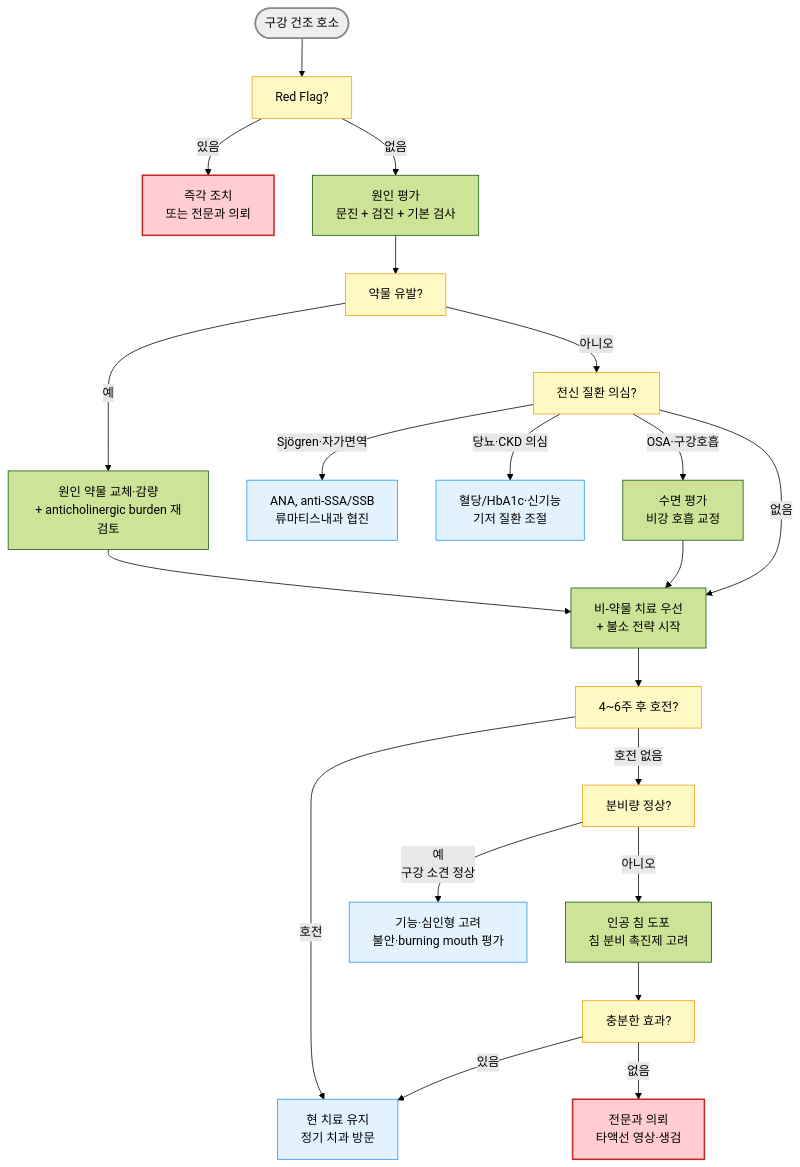
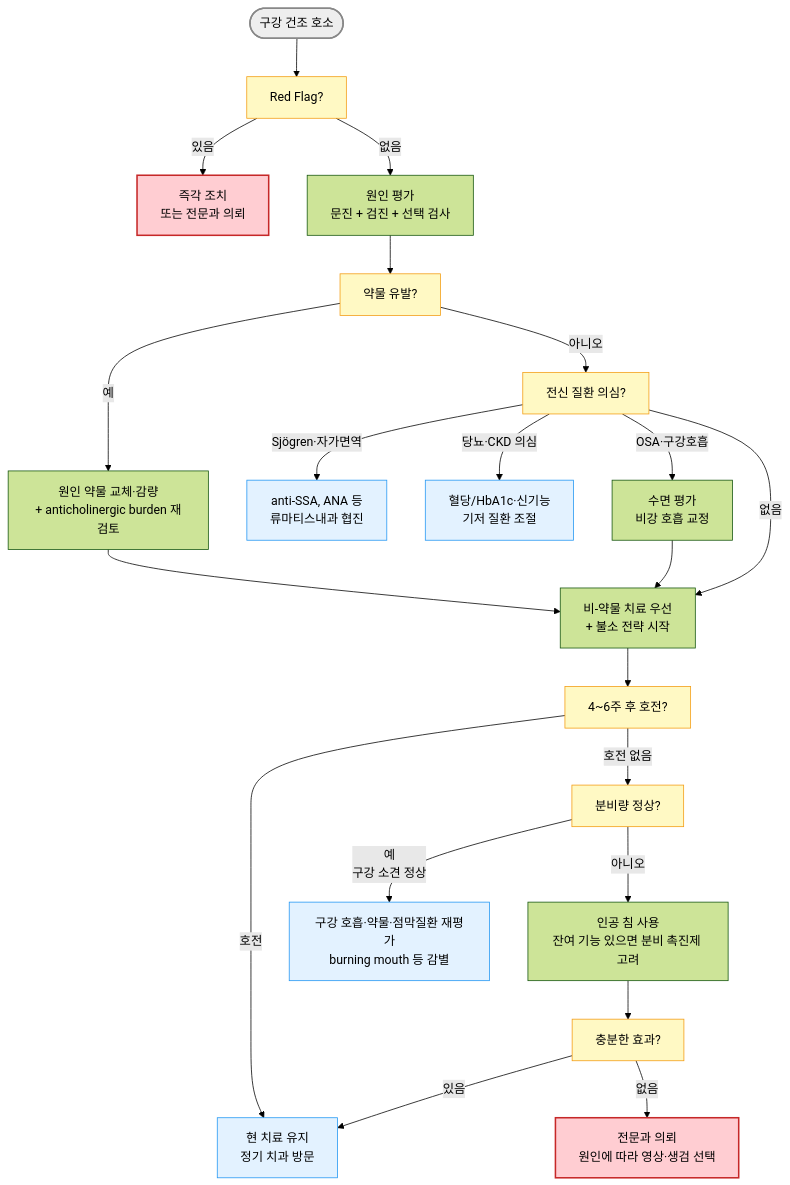
Before and after one commit to familyoh77/familyoh77: the diagram in 222_/056_-dry-mouth-xerostomia.md, drawn with Mermaid (forest theme). The commit also changed other lines of this file, not shown here.

````diff
--- a/222_/056_-dry-mouth-xerostomia.md
+++ b/222_/056_-dry-mouth-xerostomia.md
@@ -150,31 +152,31 @@
 ```mermaid
 graph TD
     A([구강 건조 호소]) --> B[Red Flag?]
     B -- 있음 --> C[즉각 조치<br/>또는 전문과 의뢰]
-    B -- 없음 --> D[원인 평가<br/>문진 + 검진 + 기본 검사]
+    B -- 없음 --> D[원인 평가<br/>문진 + 검진 + 선택 검사]
     D --> E[약물 유발?]
     E -- 예 --> F[원인 약물 교체·감량<br/>+ anticholinergic burden 재검토]
     E -- 아니오 --> G[전신 질환 의심?]
-    G -- Sjögren·자가면역 --> H[ANA, anti-SSA/SSB<br/>류마티스내과 협진]
+    G -- Sjögren·자가면역 --> H[anti-SSA, ANA 등<br/>류마티스내과 협진]
     G -- 당뇨·CKD 의심 --> I[혈당/HbA1c·신기능<br/>기저 질환 조절]
     G -- OSA·구강호흡 --> P[수면 평가<br/>비강 호흡 교정]
     G -- 없음 --> J[비-약물 치료 우선<br/>+ 불소 전략 시작]
     F --> J
     P --> J
     J --> K[4~6주 후 호전?]
     K -- 호전 --> M[현 치료 유지<br/>정기 치과 방문]
     K -- 호전 없음 --> Q[분비량 정상?]
-    Q -- 예<br/>구강 소견 정상 --> R[기능·심인형 고려<br/>불안·burning mouth 평가]
-    Q -- 아니오 --> L[인공 침 도포<br/>침 분비 촉진제 고려]
+    Q -- 예<br/>구강 소견 정상 --> R[구강 호흡·약물·점막질환 재평가<br/>burning mouth 등 감별]
+    Q -- 아니오 --> L[인공 침 사용<br/>잔여 기능 있으면 분비 촉진제 고려]
     L --> N[충분한 효과?]
     N -- 있음 --> M
-    N -- 없음 --> O[전문과 의뢰<br/>타액선 영상·생검]
+    N -- 없음 --> O[전문과 의뢰<br/>원인에 따라 영상·생검 선택]
 
     style A fill:#eeeeee,stroke:#888888,stroke-width:2px
     classDef yellow fill:#fff9c4,stroke:#f39c12
     class B,E,G,K,Q,N yellow
     classDef sky fill:#e3f2ff,stroke:#2196f3
     class H,I,R,M sky
     style C fill:#ffcdd2,stroke:#c62828,stroke-width:2px
     style O fill:#ffcdd2,stroke:#c62828,stroke-width:2px
 ```
````
